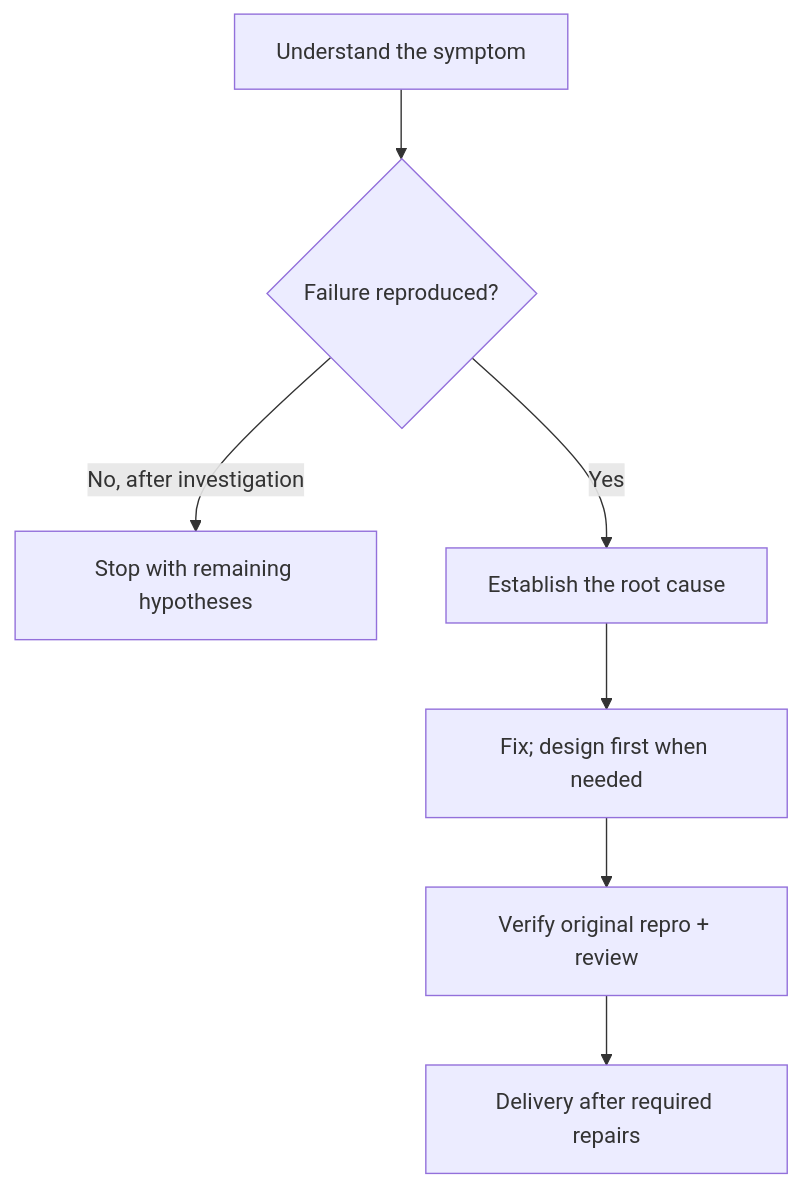
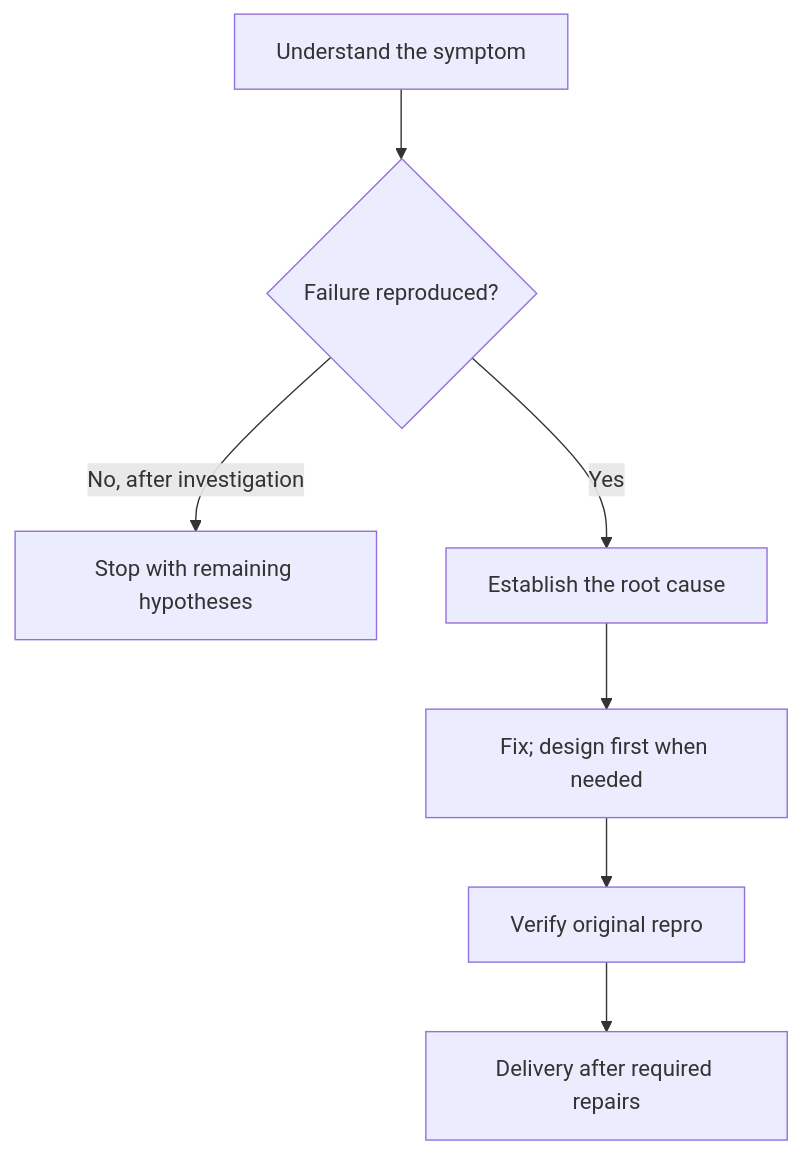
One commit to LeoMartinDev/skills changed the second of 16 diagrams in README.md. Above: the diagram before and after it, drawn with Mermaid. The commit also changed other lines of this file and 27 other files, not shown here.

````diff
--- a/README.md
+++ b/README.md
@@ -82,9 +82,9 @@
 ```mermaid
 flowchart TD
     H["Understand the symptom"] --> R{"Failure reproduced?"}
     R -->|No, after investigation| B["Stop with remaining hypotheses"]
     R -->|Yes| C["Establish the root cause"]
     C --> I["Fix; design first when needed"]
-    I --> V["Verify original repro + review"]
+    I --> V["Verify original repro"]
     V --> S["Delivery after required repairs"]
 ```
````
